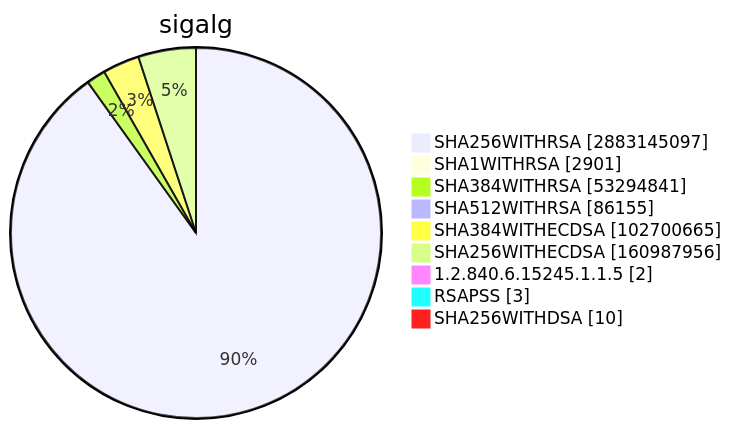
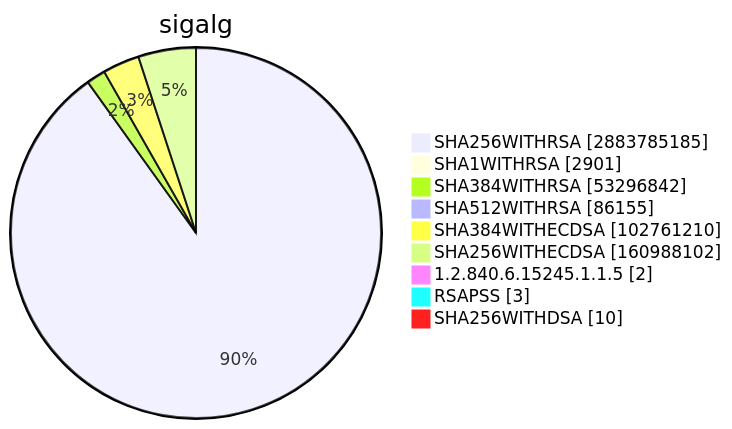
One commit to christiankrug/ctmonitor_visualization changed diagram 15 of 15 in TOTAL/README.md. Above: the diagram before and after it, drawn with Mermaid. The commit also changed other lines of this file, not shown here.

````diff
--- a/TOTAL/README.md
+++ b/TOTAL/README.md
@@ -6207,13 +6207,13 @@
 ```mermaid
 pie showData
 title sigalg
-"SHA256WITHRSA" :2883145097
+"SHA256WITHRSA" :2883785185
 "SHA1WITHRSA" :2901
-"SHA384WITHRSA" :53294841
+"SHA384WITHRSA" :53296842
 "SHA512WITHRSA" :86155
-"SHA384WITHECDSA" :102700665
-"SHA256WITHECDSA" :160987956
+"SHA384WITHECDSA" :102761210
+"SHA256WITHECDSA" :160988102
 "1.2.840.6.15245.1.1.5" :2
 "RSAPSS" :3
 "SHA256WITHDSA" :10
 ```
````
